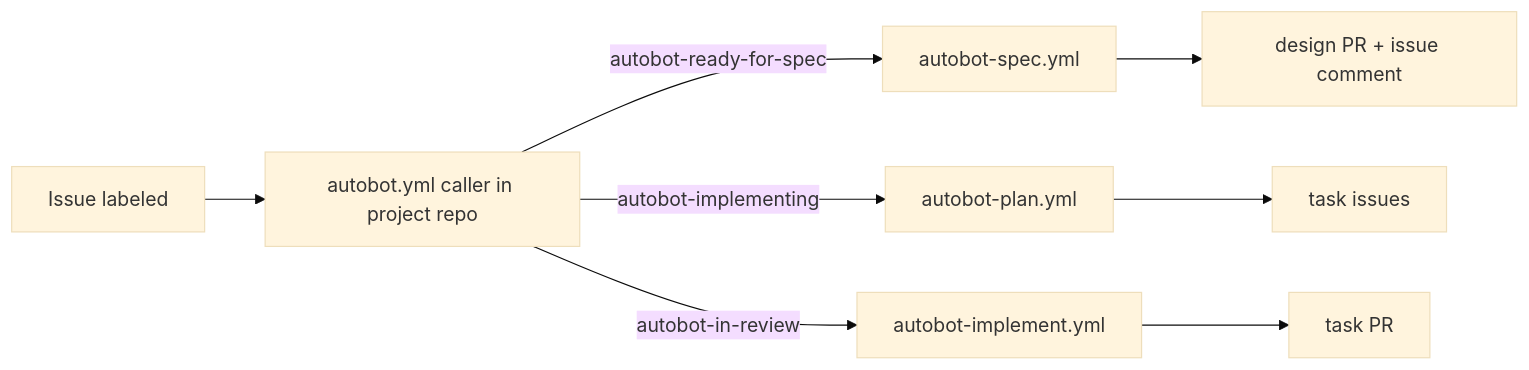
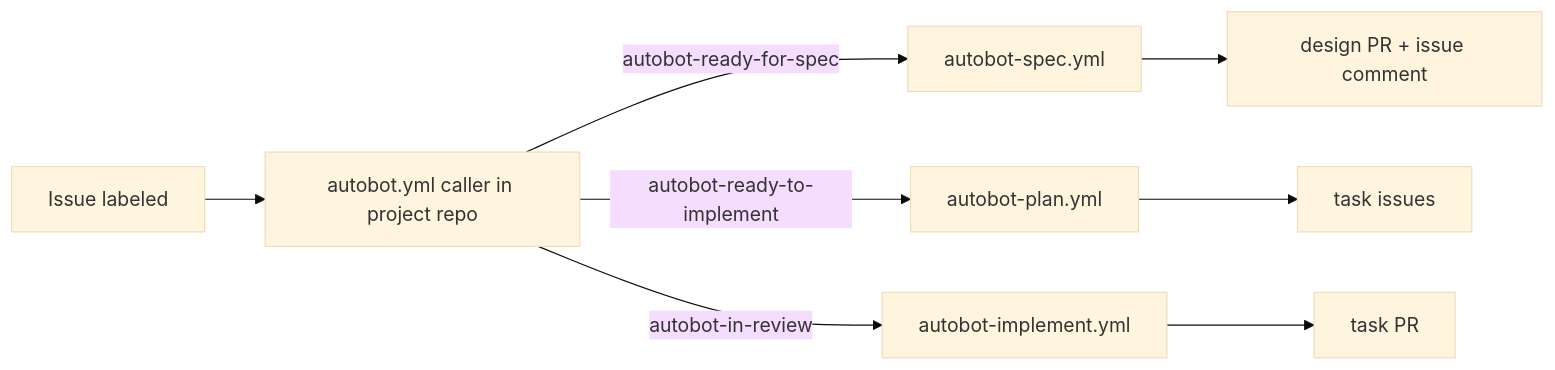
The diagram in docs/autobot-pipeline/design.md (AutoplanAS/AutoplanArchitectureSetup), drawn with Mermaid (base theme) before and after one commit. The commit also changed other lines of this file and 11 other files, not shown here.

````diff
--- a/docs/autobot-pipeline/design.md
+++ b/docs/autobot-pipeline/design.md
@@ -82,10 +85,10 @@
 ```mermaid
 flowchart LR
   A[Issue labeled] --> B[autobot.yml caller in project repo]
   B -->|autobot-ready-for-spec| C[autobot-spec.yml]
-  B -->|autobot-implementing| D[autobot-plan.yml]
+  B -->|autobot-ready-to-implement| D[autobot-plan.yml]
   B -->|autobot-in-review| E[autobot-implement.yml]
   C --> F[design PR + issue comment]
   D --> G[task issues]
   E --> H[task PR]
 ```
````
